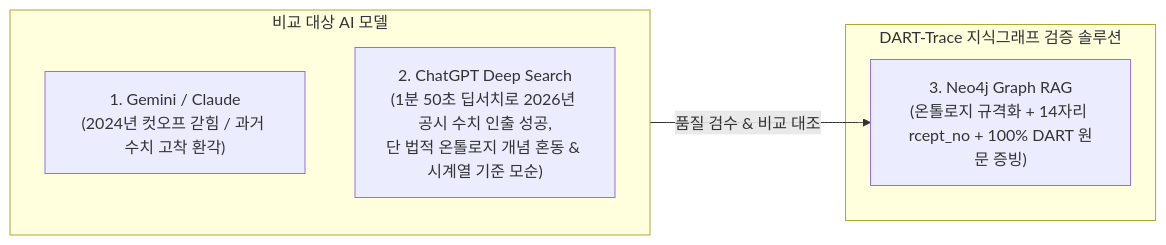
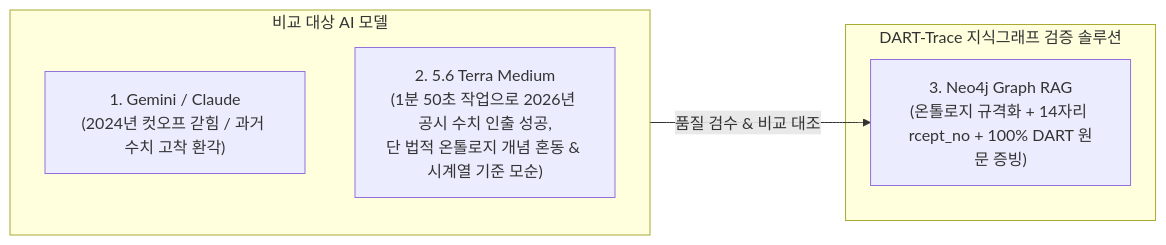
The diagram in 내작업폴더/[검수문서01]_00_DART-Trace_LLM_대조_벤치마크_및_지식그래프_정합성_검수명세서.md (mycar4/enkoa-practice-knowledge-graph), drawn with Mermaid before and after one commit. The commit also changed other lines of this file, not shown here.

Commit message:
docs: standardize model name to 5.6 Terra Medium in benchmark spec

````diff
--- a/내작업폴더/[검수문서01]_00_DART-Trace_LLM_대조_벤치마크_및_지식그래프_정합성_검수명세서.md
+++ b/내작업폴더/[검수문서01]_00_DART-Trace_LLM_대조_벤치마크_및_지식그래프_정합성_검수명세서.md
@@ -17,13 +17,13 @@
 ```mermaid
 flowchart LR
     subgraph LLM_COMPARE ["비교 대상 AI 모델"]
         M1["1. Gemini / Claude\n(2024년 컷오프 갇힘 / 과거 수치 고착 환각)"]
-        M2["2. ChatGPT Deep Search\n(1분 50초 딥서치로 2026년 공시 수치 인출 성공,\n단 법적 온톨로지 개념 혼동 & 시계열 기준 모순)"]
+        M2["2. 5.6 Terra Medium\n(1분 50초 작업으로 2026년 공시 수치 인출 성공,\n단 법적 온톨로지 개념 혼동 & 시계열 기준 모순)"]
     end
 
     subgraph KG_SOLUTION ["DART-Trace 지식그래프 검증 솔루션"]
         KG["3. Neo4j Graph RAG\n(온톨로지 규격화 + 14자리 rcept_no + 100% DART 원문 증빙)"]
     end
 
     LLM_COMPARE -->|품질 검수 & 비교 대조| KG
 ```
````
